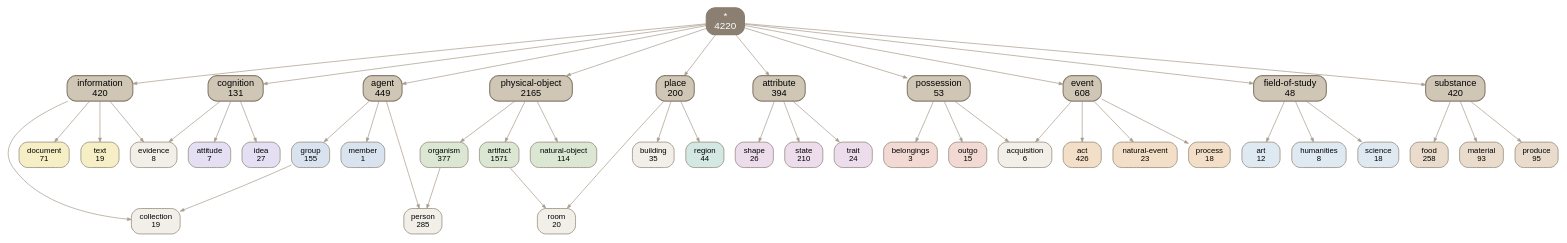
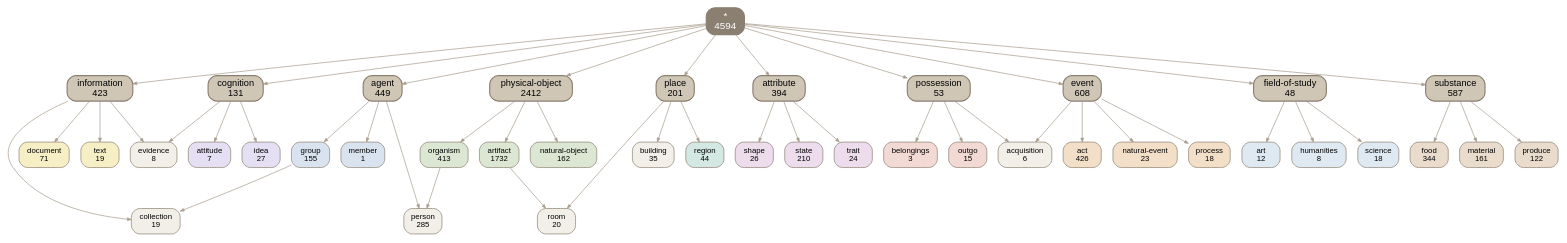
One commit to petfold/ontodag-core changed the diagram in docs/img/top.dot. Above: the diagram before and after it, drawn with Graphviz. The commit also changed 238 other files, not shown here.

```diff
--- a/docs/img/top.dot
+++ b/docs/img/top.dot
@@ -1,92 +1,92 @@
 digraph core {
   root="*"; rankdir=TB; ranksep=0.8; nodesep=0.22; splines=true; outputorder=edgesfirst;
   node [shape=box, style="rounded,filled", color="#8a7f70", fontname=Helvetica, fontsize=11];
   edge [color="#a89c8c", arrowsize=0.55];
-  "*" [label="*\n4220" fillcolor="#8a7f70" fontcolor="white" fontsize=14 penwidth=1.6];
+  "*" [label="*\n4594" fillcolor="#8a7f70" fontcolor="white" fontsize=14 penwidth=1.6];
   "*" -> "agent";
   "*" -> "attribute";
   "*" -> "cognition";
   "*" -> "event";
   "*" -> "field-of-study";
   "*" -> "information";
   "*" -> "physical-object";
   "*" -> "place";
   "*" -> "possession";
   "*" -> "substance";
   "acquisition" [label="acquisition\n6" fillcolor="#f2efe9"];
   "act" [label="act\n426" fillcolor="#f3dfc8"];
   "agent" [label="agent\n449" fillcolor="#cfc6b6" fontsize=13 penwidth=1.6];
   "art" [label="art\n12" fillcolor="#dfe9f2"];
-  "artifact" [label="artifact\n1571" fillcolor="#dbe7d3"];
+  "artifact" [label="artifact\n1732" fillcolor="#dbe7d3"];
   "attitude" [label="attitude\n7" fillcolor="#e4dff2"];
   "attribute" [label="attribute\n394" fillcolor="#cfc6b6" fontsize=13 penwidth=1.6];
   "belongings" [label="belongings\n3" fillcolor="#f2d9d3"];
   "building" [label="building\n35" fillcolor="#f2efe9"];
   "cognition" [label="cognition\n131" fillcolor="#cfc6b6" fontsize=13 penwidth=1.6];
   "collection" [label="collection\n19" fillcolor="#f2efe9"];
   "document" [label="document\n71" fillcolor="#f6efc5"];
   "event" [label="event\n608" fillcolor="#cfc6b6" fontsize=13 penwidth=1.6];
   "evidence" [label="evidence\n8" fillcolor="#f2efe9"];
   "field-of-study" [label="field-of-study\n48" fillcolor="#cfc6b6" fontsize=13 penwidth=1.6];
-  "food" [label="food\n258" fillcolor="#e9dccd"];
+  "food" [label="food\n344" fillcolor="#e9dccd"];
   "group" [label="group\n155" fillcolor="#d9e3ef"];
   "humanities" [label="humanities\n8" fillcolor="#dfe9f2"];
   "idea" [label="idea\n27" fillcolor="#e4dff2"];
-  "information" [label="information\n420" fillcolor="#cfc6b6" fontsize=13 penwidth=1.6];
-  "material" [label="material\n93" fillcolor="#e9dccd"];
+  "information" [label="information\n423" fillcolor="#cfc6b6" fontsize=13 penwidth=1.6];
+  "material" [label="material\n161" fillcolor="#e9dccd"];
   "member" [label="member\n1" fillcolor="#d9e3ef"];
   "natural-event" [label="natural-event\n23" fillcolor="#f3dfc8"];
-  "natural-object" [label="natural-object\n114" fillcolor="#dbe7d3"];
-  "organism" [label="organism\n377" fillcolor="#dbe7d3"];
+  "natural-object" [label="natural-object\n162" fillcolor="#dbe7d3"];
+  "organism" [label="organism\n413" fillcolor="#dbe7d3"];
   "outgo" [label="outgo\n15" fillcolor="#f2d9d3"];
   "person" [label="person\n285" fillcolor="#f2efe9"];
-  "physical-object" [label="physical-object\n2165" fillcolor="#cfc6b6" fontsize=13 penwidth=1.6];
-  "place" [label="place\n200" fillcolor="#cfc6b6" fontsize=13 penwidth=1.6];
+  "physical-object" [label="physical-object\n2412" fillcolor="#cfc6b6" fontsize=13 penwidth=1.6];
+  "place" [label="place\n201" fillcolor="#cfc6b6" fontsize=13 penwidth=1.6];
   "possession" [label="possession\n53" fillcolor="#cfc6b6" fontsize=13 penwidth=1.6];
   "process" [label="process\n18" fillcolor="#f3dfc8"];
-  "produce" [label="produce\n95" fillcolor="#e9dccd"];
+  "produce" [label="produce\n122" fillcolor="#e9dccd"];
   "region" [label="region\n44" fillcolor="#d3e7e3"];
   "room" [label="room\n20" fillcolor="#f2efe9"];
   "science" [label="science\n18" fillcolor="#dfe9f2"];
   "shape" [label="shape\n26" fillcolor="#ecdcec"];
   "state" [label="state\n210" fillcolor="#ecdcec"];
-  "substance" [label="substance\n420" fillcolor="#cfc6b6" fontsize=13 penwidth=1.6];
+  "substance" [label="substance\n587" fillcolor="#cfc6b6" fontsize=13 penwidth=1.6];
   "text" [label="text\n19" fillcolor="#f6efc5"];
   "trait" [label="trait\n24" fillcolor="#ecdcec"];
   { rank=same; "agent" "attribute" "cognition" "event" "field-of-study" "information" "physical-object" "place" "possession" "substance" }
-  "attribute" -> "state";
+  "substance" -> "material";
+  "event" -> "natural-event";
+  "event" -> "process";
+  "attribute" -> "shape";
   "information" -> "document";
-  "field-of-study" -> "art";
-  "physical-object" -> "organism";
-  "attribute" -> "shape";
-  "substance" -> "food";
   "event" -> "acquisition";
   "possession" -> "acquisition";
   "attribute" -> "trait";
+  "possession" -> "outgo";
+  "substance" -> "produce";
+  "cognition" -> "attitude";
+  "agent" -> "member";
   "cognition" -> "idea";
-  "event" -> "process";
+  "physical-object" -> "artifact";
+  "substance" -> "food";
+  "field-of-study" -> "humanities";
+  "artifact" -> "room";
+  "place" -> "room";
+  "cognition" -> "evidence";
+  "information" -> "evidence";
+  "possession" -> "belongings";
+  "physical-object" -> "natural-object";
+  "field-of-study" -> "science";
+  "field-of-study" -> "art";
+  "place" -> "building";
+  "agent" -> "person";
+  "organism" -> "person";
   "group" -> "collection";
   "information" -> "collection";
-  "place" -> "building";
+  "event" -> "act";
+  "information" -> "text";
+  "physical-object" -> "organism";
+  "place" -> "region";
+  "attribute" -> "state";
   "agent" -> "group";
-  "artifact" -> "room";
-  "place" -> "room";
-  "field-of-study" -> "science";
-  "cognition" -> "attitude";
-  "agent" -> "member";
-  "event" -> "natural-event";
-  "physical-object" -> "natural-object";
-  "agent" -> "person";
-  "organism" -> "person";
-  "field-of-study" -> "humanities";
-  "cognition" -> "evidence";
-  "information" -> "evidence";
-  "possession" -> "outgo";
-  "physical-object" -> "artifact";
-  "event" -> "act";
-  "possession" -> "belongings";
-  "place" -> "region";
-  "substance" -> "produce";
-  "substance" -> "material";
-  "information" -> "text";
 }
```
